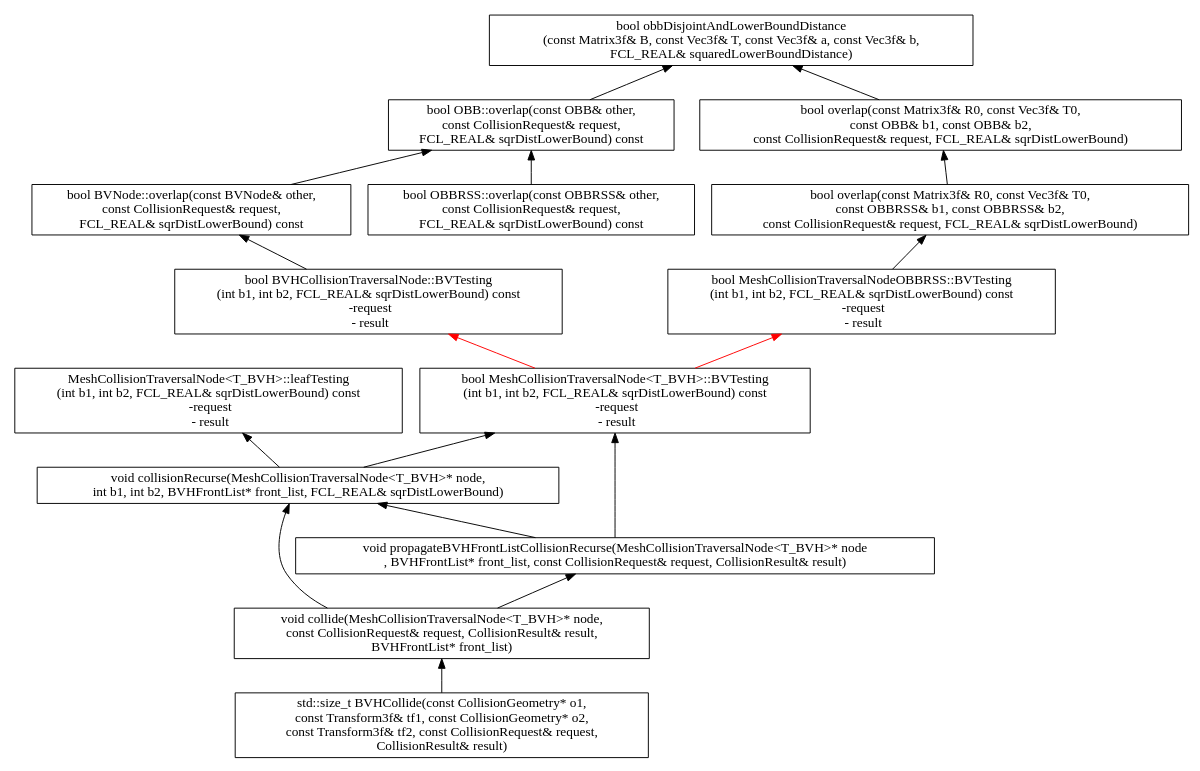
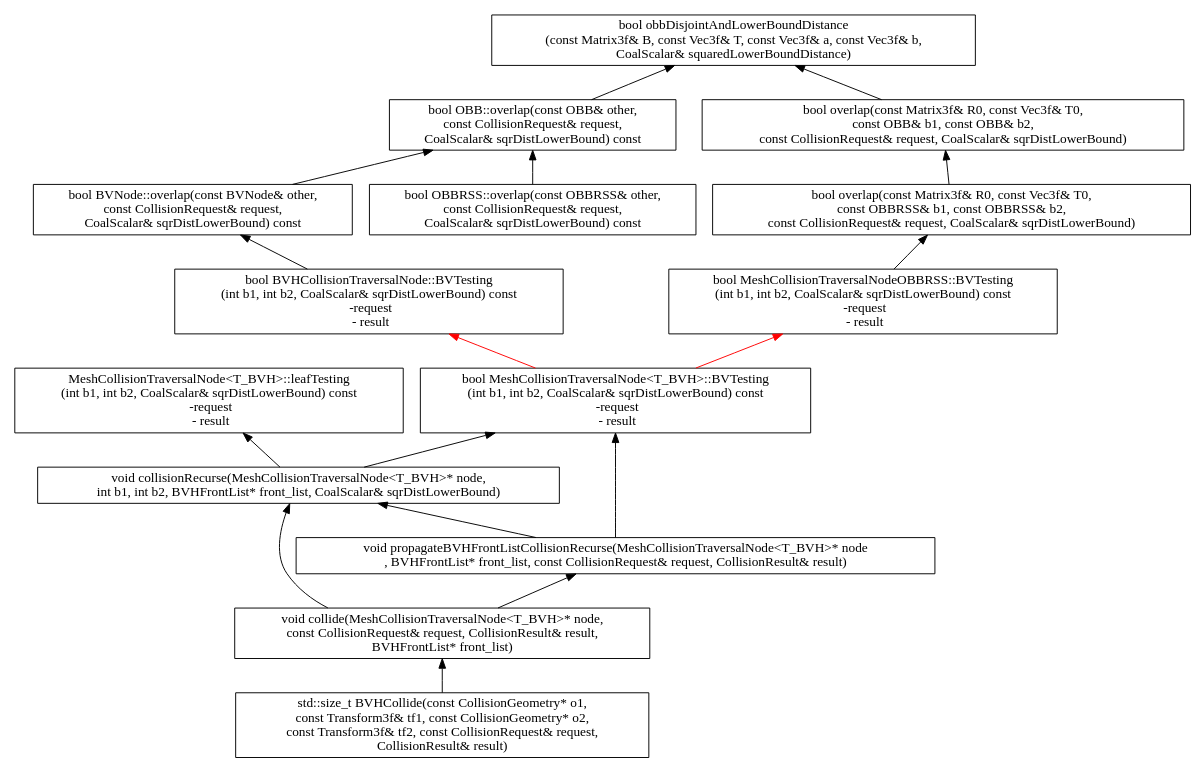
Before and after one commit to humanoid-path-planner/hpp-fcl: the diagram in doc/mesh-mesh-collision-call.dot, drawn with Graphviz. The commit also changed 170 other files, not shown here.

Commit message:
all: rename `FCL_REAL` to `CoalScalar`

```diff
--- a/doc/mesh-mesh-collision-call.dot
+++ b/doc/mesh-mesh-collision-call.dot
@@ -1,38 +1,38 @@
 digraph CD  {
 
 	rankdir = BT
 	compound=true
         size = 11.7
 
         "std::size_t BVHCollide(const CollisionGeometry* o1,\nconst Transform3f& tf1, const CollisionGeometry* o2,\nconst Transform3f& tf2, const CollisionRequest& request,\nCollisionResult& result)" [shape = box]
-        "bool OBB::overlap(const OBB& other,\nconst CollisionRequest& request,\nFCL_REAL& sqrDistLowerBound) const" [shape = box]
-        "bool OBBRSS::overlap(const OBBRSS& other,\nconst CollisionRequest& request,\nFCL_REAL& sqrDistLowerBound) const" [shape = box]
-        "bool overlap(const Matrix3f& R0, const Vec3f& T0,\n const OBB& b1, const OBB& b2,\n const CollisionRequest& request, FCL_REAL& sqrDistLowerBound)" [shape = box]
-        "bool overlap(const Matrix3f& R0, const Vec3f& T0,\n const OBBRSS& b1, const OBBRSS& b2,\nconst CollisionRequest& request, FCL_REAL& sqrDistLowerBound)" [shape = box]
-        "bool BVNode::overlap(const BVNode& other,\nconst CollisionRequest& request,\nFCL_REAL& sqrDistLowerBound) const" [shape = box]
-        "bool BVHCollisionTraversalNode::BVTesting\n(int b1, int b2, FCL_REAL& sqrDistLowerBound) const\n  -request\n  - result" [shape = box]
-        "bool MeshCollisionTraversalNode<T_BVH>::BVTesting\n(int b1, int b2, FCL_REAL& sqrDistLowerBound) const\n  -request\n  - result" [shape = box]
+        "bool OBB::overlap(const OBB& other,\nconst CollisionRequest& request,\nCoalScalar& sqrDistLowerBound) const" [shape = box]
+        "bool OBBRSS::overlap(const OBBRSS& other,\nconst CollisionRequest& request,\nCoalScalar& sqrDistLowerBound) const" [shape = box]
+        "bool overlap(const Matrix3f& R0, const Vec3f& T0,\n const OBB& b1, const OBB& b2,\n const CollisionRequest& request, CoalScalar& sqrDistLowerBound)" [shape = box]
+        "bool overlap(const Matrix3f& R0, const Vec3f& T0,\n const OBBRSS& b1, const OBBRSS& b2,\nconst CollisionRequest& request, CoalScalar& sqrDistLowerBound)" [shape = box]
+        "bool BVNode::overlap(const BVNode& other,\nconst CollisionRequest& request,\nCoalScalar& sqrDistLowerBound) const" [shape = box]
+        "bool BVHCollisionTraversalNode::BVTesting\n(int b1, int b2, CoalScalar& sqrDistLowerBound) const\n  -request\n  - result" [shape = box]
+        "bool MeshCollisionTraversalNode<T_BVH>::BVTesting\n(int b1, int b2, CoalScalar& sqrDistLowerBound) const\n  -request\n  - result" [shape = box]
         "void collide(MeshCollisionTraversalNode<T_BVH>* node,\n const CollisionRequest& request, CollisionResult& result,\nBVHFrontList* front_list)" [shape = box]
-        "void collisionRecurse(MeshCollisionTraversalNode<T_BVH>* node,\n int b1, int b2, BVHFrontList* front_list, FCL_REAL& sqrDistLowerBound)" [shape = box]
+        "void collisionRecurse(MeshCollisionTraversalNode<T_BVH>* node,\n int b1, int b2, BVHFrontList* front_list, CoalScalar& sqrDistLowerBound)" [shape = box]
         "void propagateBVHFrontListCollisionRecurse(MeshCollisionTraversalNode<T_BVH>* node\n, BVHFrontList* front_list, const CollisionRequest& request, CollisionResult& result)" [shape = box]
-        "bool MeshCollisionTraversalNodeOBBRSS::BVTesting\n(int b1, int b2, FCL_REAL& sqrDistLowerBound) const\n  -request\n  - result" [shape = box]
-        "MeshCollisionTraversalNode<T_BVH>::leafTesting\n(int b1, int b2, FCL_REAL& sqrDistLowerBound) const\n  -request\n  - result" [shape = box]
-        "bool obbDisjointAndLowerBoundDistance\n(const Matrix3f& B, const Vec3f& T, const Vec3f& a, const Vec3f& b,\n FCL_REAL& squaredLowerBoundDistance)" [shape = box]
+        "bool MeshCollisionTraversalNodeOBBRSS::BVTesting\n(int b1, int b2, CoalScalar& sqrDistLowerBound) const\n  -request\n  - result" [shape = box]
+        "MeshCollisionTraversalNode<T_BVH>::leafTesting\n(int b1, int b2, CoalScalar& sqrDistLowerBound) const\n  -request\n  - result" [shape = box]
+        "bool obbDisjointAndLowerBoundDistance\n(const Matrix3f& B, const Vec3f& T, const Vec3f& a, const Vec3f& b,\n CoalScalar& squaredLowerBoundDistance)" [shape = box]
 
          "std::size_t BVHCollide(const CollisionGeometry* o1,\nconst Transform3f& tf1, const CollisionGeometry* o2,\nconst Transform3f& tf2, const CollisionRequest& request,\nCollisionResult& result)" -> "void collide(MeshCollisionTraversalNode<T_BVH>* node,\n const CollisionRequest& request, CollisionResult& result,\nBVHFrontList* front_list)"
-        "bool OBB::overlap(const OBB& other,\nconst CollisionRequest& request,\nFCL_REAL& sqrDistLowerBound) const" -> "bool obbDisjointAndLowerBoundDistance\n(const Matrix3f& B, const Vec3f& T, const Vec3f& a, const Vec3f& b,\n FCL_REAL& squaredLowerBoundDistance)"
-        "bool overlap(const Matrix3f& R0, const Vec3f& T0,\n const OBB& b1, const OBB& b2,\n const CollisionRequest& request, FCL_REAL& sqrDistLowerBound)" -> "bool obbDisjointAndLowerBoundDistance\n(const Matrix3f& B, const Vec3f& T, const Vec3f& a, const Vec3f& b,\n FCL_REAL& squaredLowerBoundDistance)"
-        "bool overlap(const Matrix3f& R0, const Vec3f& T0,\n const OBBRSS& b1, const OBBRSS& b2,\nconst CollisionRequest& request, FCL_REAL& sqrDistLowerBound)" -> "bool overlap(const Matrix3f& R0, const Vec3f& T0,\n const OBB& b1, const OBB& b2,\n const CollisionRequest& request, FCL_REAL& sqrDistLowerBound)"
+        "bool OBB::overlap(const OBB& other,\nconst CollisionRequest& request,\nCoalScalar& sqrDistLowerBound) const" -> "bool obbDisjointAndLowerBoundDistance\n(const Matrix3f& B, const Vec3f& T, const Vec3f& a, const Vec3f& b,\n CoalScalar& squaredLowerBoundDistance)"
+        "bool overlap(const Matrix3f& R0, const Vec3f& T0,\n const OBB& b1, const OBB& b2,\n const CollisionRequest& request, CoalScalar& sqrDistLowerBound)" -> "bool obbDisjointAndLowerBoundDistance\n(const Matrix3f& B, const Vec3f& T, const Vec3f& a, const Vec3f& b,\n CoalScalar& squaredLowerBoundDistance)"
+        "bool overlap(const Matrix3f& R0, const Vec3f& T0,\n const OBBRSS& b1, const OBBRSS& b2,\nconst CollisionRequest& request, CoalScalar& sqrDistLowerBound)" -> "bool overlap(const Matrix3f& R0, const Vec3f& T0,\n const OBB& b1, const OBB& b2,\n const CollisionRequest& request, CoalScalar& sqrDistLowerBound)"
         "void collide(MeshCollisionTraversalNode<T_BVH>* node,\n const CollisionRequest& request, CollisionResult& result,\nBVHFrontList* front_list)"-> "void propagateBVHFrontListCollisionRecurse(MeshCollisionTraversalNode<T_BVH>* node\n, BVHFrontList* front_list, const CollisionRequest& request, CollisionResult& result)"
-        "void collide(MeshCollisionTraversalNode<T_BVH>* node,\n const CollisionRequest& request, CollisionResult& result,\nBVHFrontList* front_list)" -> "void collisionRecurse(MeshCollisionTraversalNode<T_BVH>* node,\n int b1, int b2, BVHFrontList* front_list, FCL_REAL& sqrDistLowerBound)"
-        "void collisionRecurse(MeshCollisionTraversalNode<T_BVH>* node,\n int b1, int b2, BVHFrontList* front_list, FCL_REAL& sqrDistLowerBound)" -> "bool MeshCollisionTraversalNode<T_BVH>::BVTesting\n(int b1, int b2, FCL_REAL& sqrDistLowerBound) const\n  -request\n  - result"
-        "void collisionRecurse(MeshCollisionTraversalNode<T_BVH>* node,\n int b1, int b2, BVHFrontList* front_list, FCL_REAL& sqrDistLowerBound)" -> "MeshCollisionTraversalNode<T_BVH>::leafTesting\n(int b1, int b2, FCL_REAL& sqrDistLowerBound) const\n  -request\n  - result"
-        "void propagateBVHFrontListCollisionRecurse(MeshCollisionTraversalNode<T_BVH>* node\n, BVHFrontList* front_list, const CollisionRequest& request, CollisionResult& result)" -> "void collisionRecurse(MeshCollisionTraversalNode<T_BVH>* node,\n int b1, int b2, BVHFrontList* front_list, FCL_REAL& sqrDistLowerBound)"
-        "void propagateBVHFrontListCollisionRecurse(MeshCollisionTraversalNode<T_BVH>* node\n, BVHFrontList* front_list, const CollisionRequest& request, CollisionResult& result)" -> "bool MeshCollisionTraversalNode<T_BVH>::BVTesting\n(int b1, int b2, FCL_REAL& sqrDistLowerBound) const\n  -request\n  - result"
-"bool MeshCollisionTraversalNodeOBBRSS::BVTesting\n(int b1, int b2, FCL_REAL& sqrDistLowerBound) const\n  -request\n  - result" -> "bool overlap(const Matrix3f& R0, const Vec3f& T0,\n const OBBRSS& b1, const OBBRSS& b2,\nconst CollisionRequest& request, FCL_REAL& sqrDistLowerBound)"
-      "bool MeshCollisionTraversalNode<T_BVH>::BVTesting\n(int b1, int b2, FCL_REAL& sqrDistLowerBound) const\n  -request\n  - result" -> "bool MeshCollisionTraversalNodeOBBRSS::BVTesting\n(int b1, int b2, FCL_REAL& sqrDistLowerBound) const\n  -request\n  - result" [color=red]
-      "bool MeshCollisionTraversalNode<T_BVH>::BVTesting\n(int b1, int b2, FCL_REAL& sqrDistLowerBound) const\n  -request\n  - result" -> "bool BVHCollisionTraversalNode::BVTesting\n(int b1, int b2, FCL_REAL& sqrDistLowerBound) const\n  -request\n  - result" [color = red]
-      "bool OBBRSS::overlap(const OBBRSS& other,\nconst CollisionRequest& request,\nFCL_REAL& sqrDistLowerBound) const" -> "bool OBB::overlap(const OBB& other,\nconst CollisionRequest& request,\nFCL_REAL& sqrDistLowerBound) const"
-      "bool BVNode::overlap(const BVNode& other,\nconst CollisionRequest& request,\nFCL_REAL& sqrDistLowerBound) const" -> "bool OBB::overlap(const OBB& other,\nconst CollisionRequest& request,\nFCL_REAL& sqrDistLowerBound) const"
-      "bool BVHCollisionTraversalNode::BVTesting\n(int b1, int b2, FCL_REAL& sqrDistLowerBound) const\n  -request\n  - result" -> "bool BVNode::overlap(const BVNode& other,\nconst CollisionRequest& request,\nFCL_REAL& sqrDistLowerBound) const"
+        "void collide(MeshCollisionTraversalNode<T_BVH>* node,\n const CollisionRequest& request, CollisionResult& result,\nBVHFrontList* front_list)" -> "void collisionRecurse(MeshCollisionTraversalNode<T_BVH>* node,\n int b1, int b2, BVHFrontList* front_list, CoalScalar& sqrDistLowerBound)"
+        "void collisionRecurse(MeshCollisionTraversalNode<T_BVH>* node,\n int b1, int b2, BVHFrontList* front_list, CoalScalar& sqrDistLowerBound)" -> "bool MeshCollisionTraversalNode<T_BVH>::BVTesting\n(int b1, int b2, CoalScalar& sqrDistLowerBound) const\n  -request\n  - result"
+        "void collisionRecurse(MeshCollisionTraversalNode<T_BVH>* node,\n int b1, int b2, BVHFrontList* front_list, CoalScalar& sqrDistLowerBound)" -> "MeshCollisionTraversalNode<T_BVH>::leafTesting\n(int b1, int b2, CoalScalar& sqrDistLowerBound) const\n  -request\n  - result"
+        "void propagateBVHFrontListCollisionRecurse(MeshCollisionTraversalNode<T_BVH>* node\n, BVHFrontList* front_list, const CollisionRequest& request, CollisionResult& result)" -> "void collisionRecurse(MeshCollisionTraversalNode<T_BVH>* node,\n int b1, int b2, BVHFrontList* front_list, CoalScalar& sqrDistLowerBound)"
+        "void propagateBVHFrontListCollisionRecurse(MeshCollisionTraversalNode<T_BVH>* node\n, BVHFrontList* front_list, const CollisionRequest& request, CollisionResult& result)" -> "bool MeshCollisionTraversalNode<T_BVH>::BVTesting\n(int b1, int b2, CoalScalar& sqrDistLowerBound) const\n  -request\n  - result"
+"bool MeshCollisionTraversalNodeOBBRSS::BVTesting\n(int b1, int b2, CoalScalar& sqrDistLowerBound) const\n  -request\n  - result" -> "bool overlap(const Matrix3f& R0, const Vec3f& T0,\n const OBBRSS& b1, const OBBRSS& b2,\nconst CollisionRequest& request, CoalScalar& sqrDistLowerBound)"
+      "bool MeshCollisionTraversalNode<T_BVH>::BVTesting\n(int b1, int b2, CoalScalar& sqrDistLowerBound) const\n  -request\n  - result" -> "bool MeshCollisionTraversalNodeOBBRSS::BVTesting\n(int b1, int b2, CoalScalar& sqrDistLowerBound) const\n  -request\n  - result" [color=red]
+      "bool MeshCollisionTraversalNode<T_BVH>::BVTesting\n(int b1, int b2, CoalScalar& sqrDistLowerBound) const\n  -request\n  - result" -> "bool BVHCollisionTraversalNode::BVTesting\n(int b1, int b2, CoalScalar& sqrDistLowerBound) const\n  -request\n  - result" [color = red]
+      "bool OBBRSS::overlap(const OBBRSS& other,\nconst CollisionRequest& request,\nCoalScalar& sqrDistLowerBound) const" -> "bool OBB::overlap(const OBB& other,\nconst CollisionRequest& request,\nCoalScalar& sqrDistLowerBound) const"
+      "bool BVNode::overlap(const BVNode& other,\nconst CollisionRequest& request,\nCoalScalar& sqrDistLowerBound) const" -> "bool OBB::overlap(const OBB& other,\nconst CollisionRequest& request,\nCoalScalar& sqrDistLowerBound) const"
+      "bool BVHCollisionTraversalNode::BVTesting\n(int b1, int b2, CoalScalar& sqrDistLowerBound) const\n  -request\n  - result" -> "bool BVNode::overlap(const BVNode& other,\nconst CollisionRequest& request,\nCoalScalar& sqrDistLowerBound) const"
 }
```
